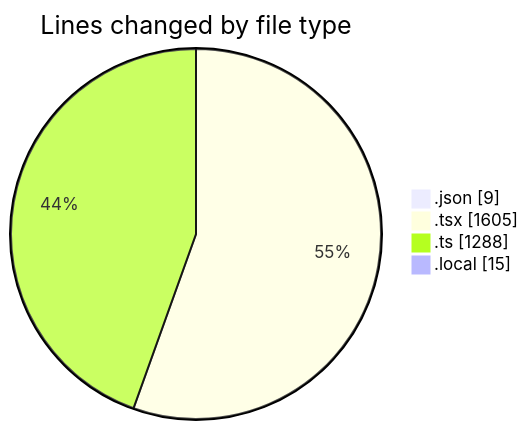
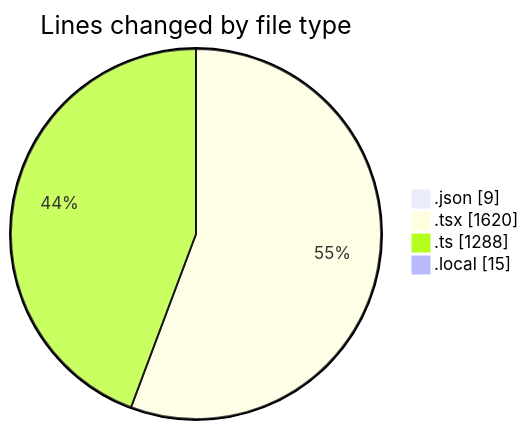
One commit to julien-gomy/code-tracking changed the first of 2 diagrams in 2025-10-27/eventscop-frontend-guide__workspace_/README.md. Above: the diagram before and after it, drawn with Mermaid. The commit also changed other lines of this file and 1 other file, not shown here.

````diff
--- a/2025-10-27/eventscop-frontend-guide__workspace_/README.md
+++ b/2025-10-27/eventscop-frontend-guide__workspace_/README.md
@@ -35,8 +35,8 @@
 ```mermaid
 pie showData
 title Lines changed by file type
 ".json" : 9
-".tsx" : 1605
+".tsx" : 1620
 ".ts" : 1288
 ".local" : 15
 ```
````
